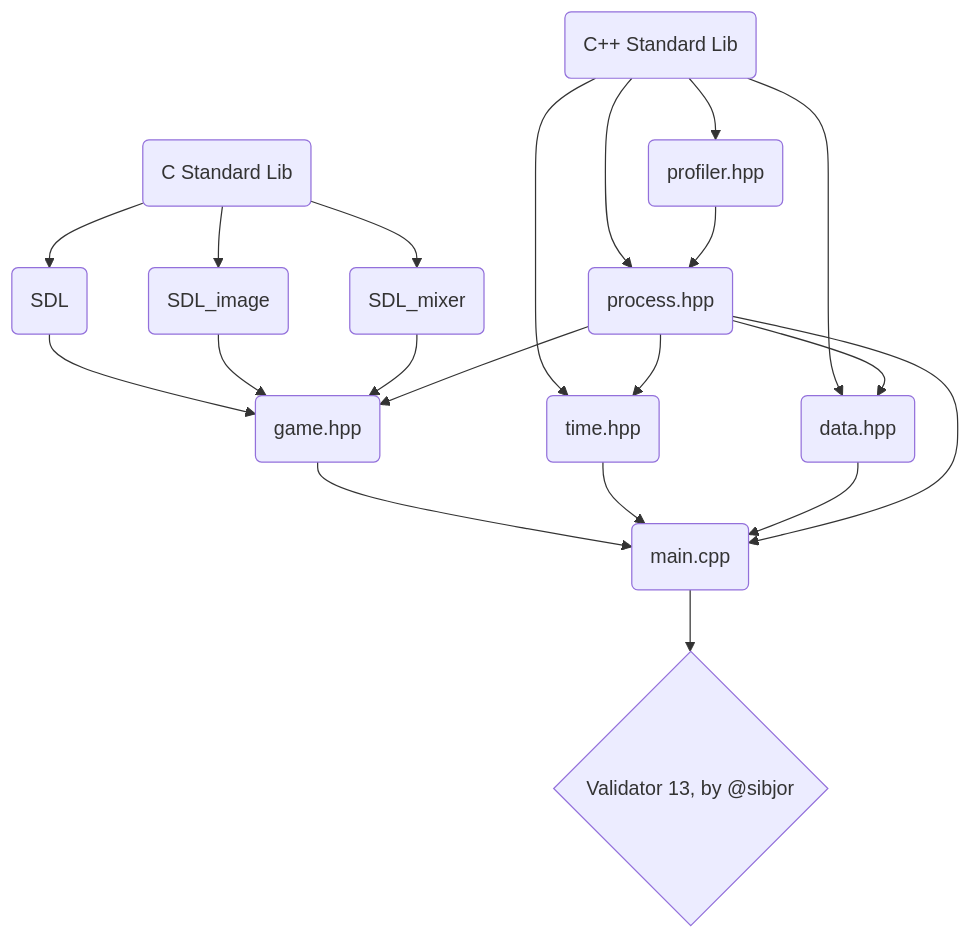
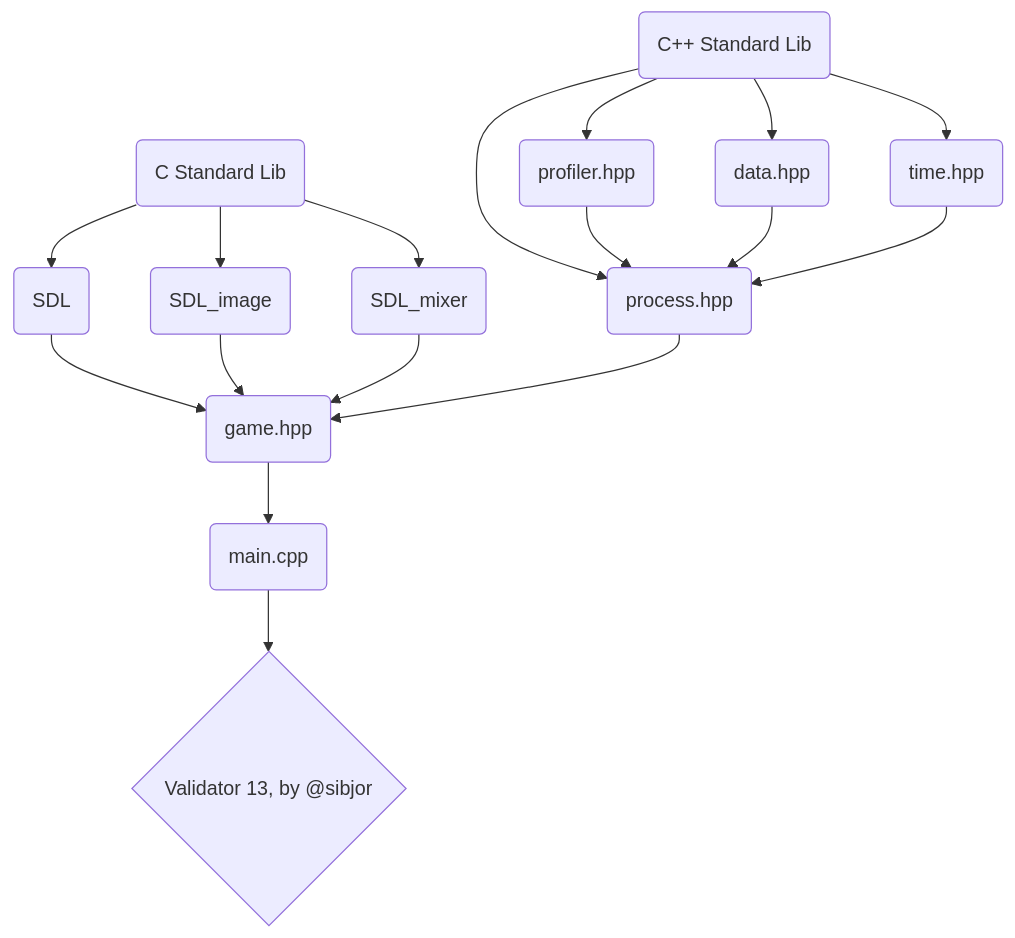
Before and after one commit to sibjor/ParkourRunner: the diagram in README.md, drawn with Mermaid. The commit also changed 2 other files, not shown here.

Commit message:
maybe a bit sidetracked

````diff
--- a/README.md
+++ b/README.md
@@ -11,29 +11,30 @@
 ```mermaid
 flowchart TD
     A(C Standard Lib)
     B(C++ Standard Lib)
     C(SDL)
     D(SDL_image)
     E(SDL_mixer)
     G(process.hpp)
     H(profiler.hpp) 
-    I(time.hpp)
+    I(time.hpp) 
     J(data.hpp)
     K(game.hpp)
     L(main.cpp)
 
     A --> C --> K
     A --> D --> K
     A --> E --> K
 
     B --> G 
     B --> H --> G
-    B --> I 
-    B --> J 
+    B --> I
+    B --> J --> G
 
     G --> K --> L --> M{Validator 13, by @sibjor}
-    G --> I --> L 
-    G --> J --> L
-    G --> L 
+
+    I --> G 
+
+    
     
 ```
````
